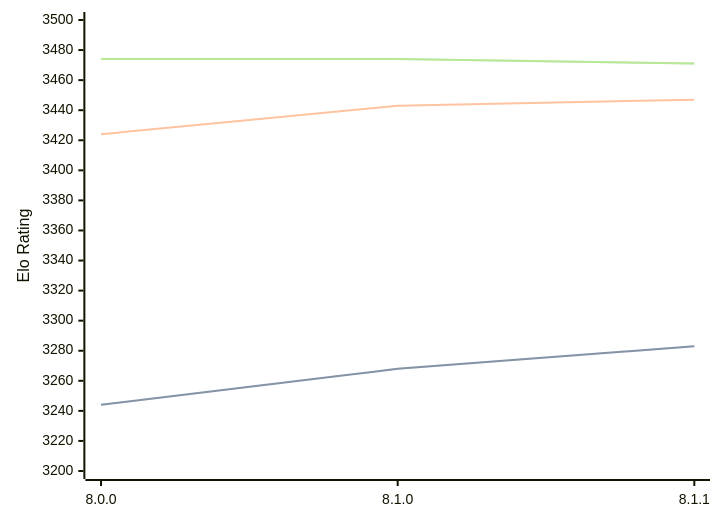
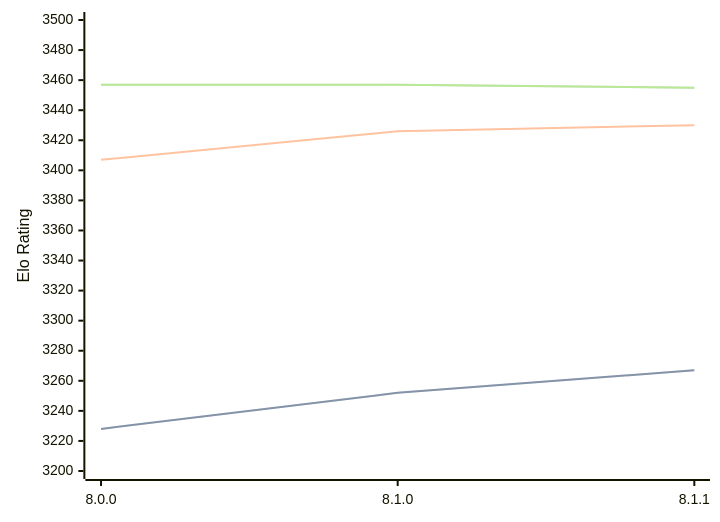
One commit to computer-chess-index/cci changed the diagram in engines/Velvet.md. Above: the diagram before and after it, drawn with Mermaid. The commit also changed other lines of this file, not shown here.

Commit message:
Update CCI Ratings (ELO VLTC) - 2026-05-20

````diff
--- a/engines/Velvet.md
+++ b/engines/Velvet.md
@@ -57,11 +57,11 @@
 ```mermaid
 %%{init: {"theme":"base","themeVariables":{"seriesColors:['#a3a3a3','#222221','#faa371']}}}%%
 xychart-beta
   x-axis ["8.0.0", "8.1.0", "8.1.1"]
   y-axis "Elo Rating" 3200 --> 3500
-  line "STC (8.0+0.08s)" [3244, 3268, 3283]
-  line "STC (8.0+0.08s)" [3244, 3268, 3283]
-  line "LTC (60.0+0.60s)" [3424, 3443, 3447]
-  line "VLTC (2m24s+1.12s)" [3474, 3474, 3471]
-  line "VLTC (2m24s+1.12s)" [3474, 3474, 3471]
+  line "STC (8.0+0.08s)" [3228, 3252, 3267]
+  line "STC (8.0+0.08s)" [3228, 3252, 3267]
+  line "LTC (60.0+0.60s)" [3407, 3426, 3430]
+  line "VLTC (2m24s+1.12s)" [3457, 3457, 3455]
+  line "VLTC (2m24s+1.12s)" [3457, 3457, 3455]
 ```
````
